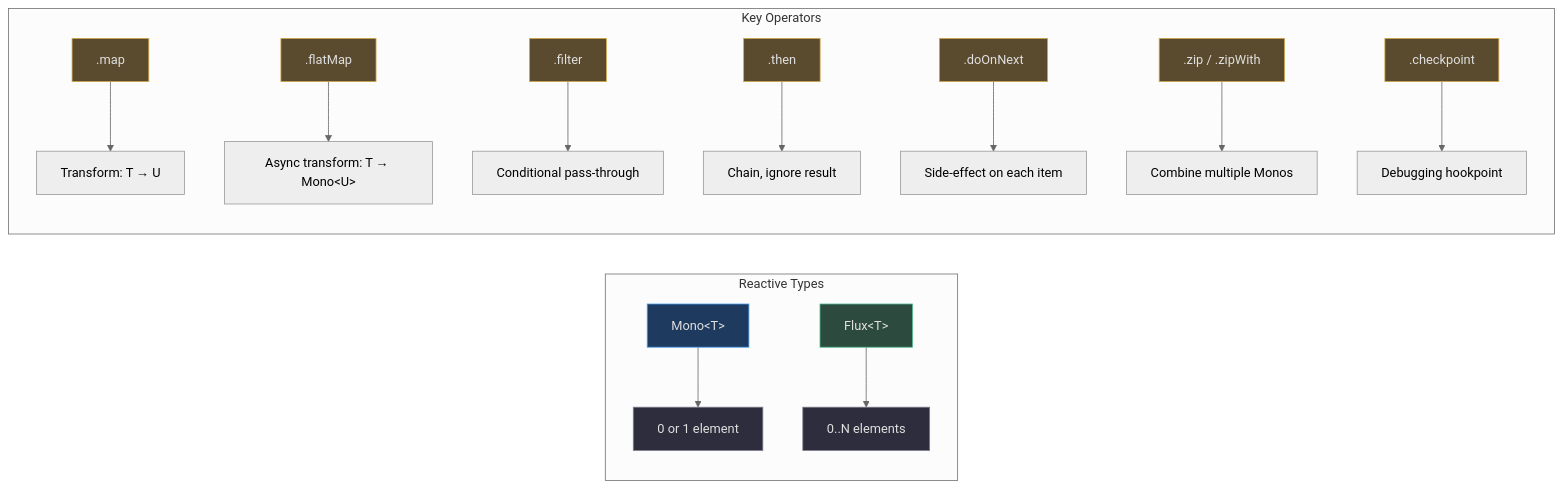
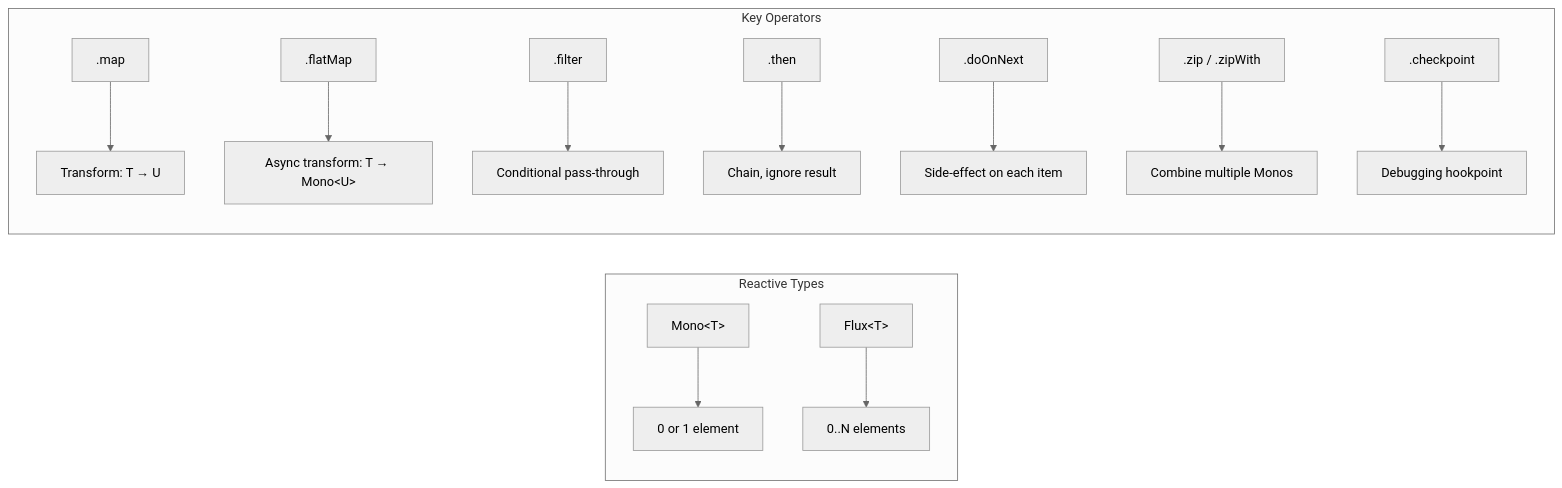
The first of 9 diagrams in documentation/docs/en/onboarding/contributor-guide.md (Ahoo-Wang/Wow), drawn with Mermaid (neutral theme) before and after one commit. The commit also changed other lines of this file and 32 other files, not shown here.

Commit message:
docs: remove unsupported style/classDef directives from stateDiagram-v2 Mermaid blocks

````diff
--- a/documentation/docs/en/onboarding/contributor-guide.md
+++ b/documentation/docs/en/onboarding/contributor-guide.md
@@ -74,27 +74,16 @@
 ```mermaid
 graph LR
     subgraph "Reactive Types"
         M[Mono&lt;T&gt;] --> D0["0 or 1 element"]
         F[Flux&lt;T&gt;] --> D1["0..N elements"]
     end
     subgraph "Key Operators"
         O1[.map] --> T1["Transform: T → U"]
         O2[.flatMap] --> T2["Async transform: T → Mono&lt;U&gt;"]
         O3[.filter] --> T3["Conditional pass-through"]
         O4[.then] --> T4["Chain, ignore result"]
         O5[.doOnNext] --> T5["Side-effect on each item"]
         O6[.zip / .zipWith] --> T6["Combine multiple Monos"]
         O7[.checkpoint] --> T7["Debugging hookpoint"]
     end
-    style M fill:#1e3a5f,stroke:#4a9eed,color:#e0e0e0
-    style F fill:#2d4a3e,stroke:#4aba8a,color:#e0e0e0
-    style D0 fill:#2d2d3d,stroke:#7a7a8a,color:#e0e0e0
-    style D1 fill:#2d2d3d,stroke:#7a7a8a,color:#e0e0e0
-    style O1 fill:#5a4a2e,stroke:#d4a84b,color:#e0e0e0
-    style O2 fill:#5a4a2e,stroke:#d4a84b,color:#e0e0e0
-    style O3 fill:#5a4a2e,stroke:#d4a84b,color:#e0e0e0
-    style O4 fill:#5a4a2e,stroke:#d4a84b,color:#e0e0e0
-    style O5 fill:#5a4a2e,stroke:#d4a84b,color:#e0e0e0
-    style O6 fill:#5a4a2e,stroke:#d4a84b,color:#e0e0e0
-    style O7 fill:#5a4a2e,stroke:#d4a84b,color:#e0e0e0
 ```
````
